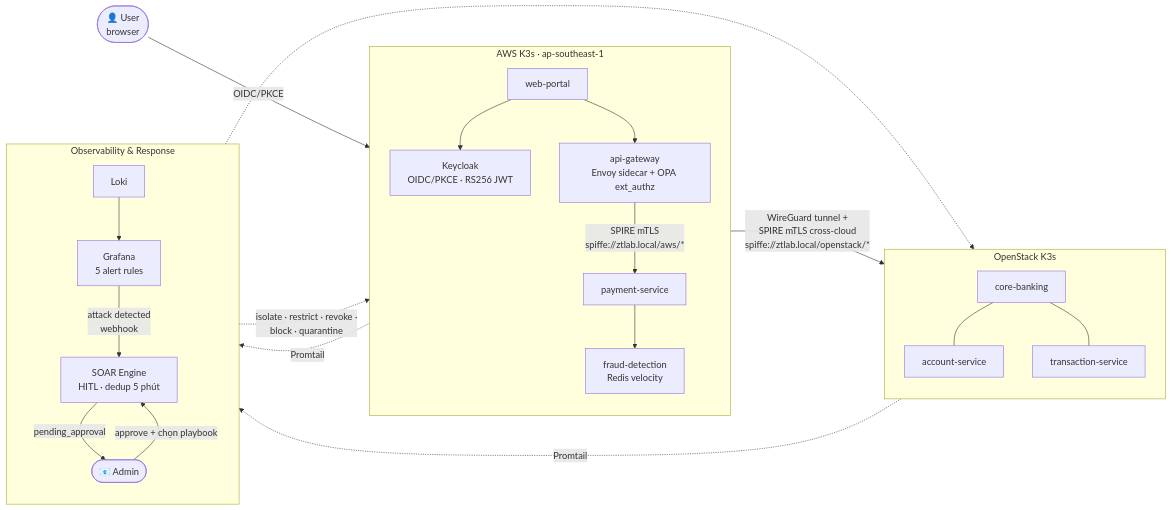
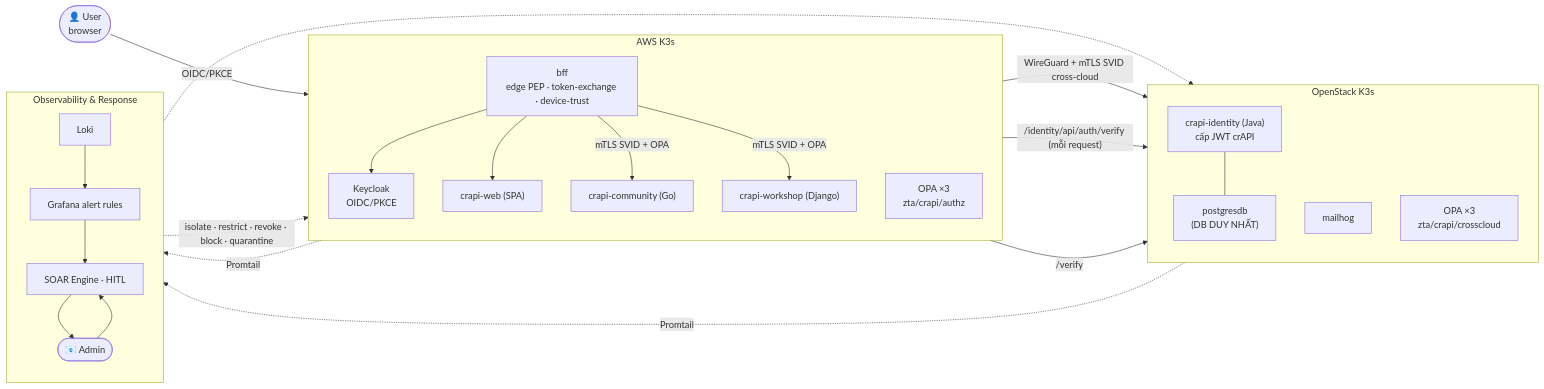
Before and after one commit to HoangBaoPhuoc/Zero-Trust-based-Security-Detection-and-Response: the second of 2 diagrams in README.md, drawn with Mermaid. The commit also changed other lines of this file and 68 other files, not shown here.

First line of the commit message:
baseline: crAPI migration work from feat/crapi-target (was uncommitted)

````diff
--- a/README.md
+++ b/README.md
@@ -104,45 +104,45 @@
 ```mermaid
 flowchart LR
     U(["👤 User<br/>browser"])
 
-    subgraph AWS["AWS K3s · ap-southeast-1"]
+    subgraph AWS["AWS K3s"]
         direction TB
-        KC["Keycloak<br/>OIDC/PKCE · RS256 JWT"]
-        WP["web-portal"]
-        AG["api-gateway<br/>Envoy sidecar + OPA ext_authz"]
-        PS["payment-service"]
-        FD["fraud-detection<br/>Redis velocity"]
-        WP --> KC
-        WP --> AG
-        AG -->|"SPIRE mTLS<br/>spiffe://ztlab.local/aws/*"| PS
-        PS --> FD
+        KC["Keycloak<br/>OIDC/PKCE"]
+        BFF["bff<br/>edge PEP · token-exchange · device-trust"]
+        WEB["crapi-web (SPA)"]
+        COM["crapi-community (Go)"]
+        WS["crapi-workshop (Django)"]
+        OPAA["OPA ×3<br/>zta/crapi/authz"]
+        BFF --> KC
+        BFF --> WEB
+        BFF -->|"mTLS SVID + OPA"| COM
+        BFF -->|"mTLS SVID + OPA"| WS
     end
 
     subgraph OS["OpenStack K3s"]
         direction TB
-        CB["core-banking"]
-        ACC["account-service"]
-        TXN["transaction-service"]
-        CB --- ACC
-        CB --- TXN
+        ID["crapi-identity (Java)<br/>cấp JWT crAPI"]
+        PG["postgresdb<br/>(DB DUY NHẤT)"]
+        MH["mailhog"]
+        OPAO["OPA ×3<br/>zta/crapi/crosscloud"]
+        ID --- PG
     end
 
     subgraph OBS["Observability & Response"]
         direction TB
         LK["Loki"]
-        GF["Grafana<br/>5 alert rules"]
-        SOAR["SOAR Engine<br/>HITL · dedup 5 phút"]
+        GF["Grafana alert rules"]
+        SOAR["SOAR Engine · HITL"]
         EM(["📧 Admin"])
-        LK --> GF
-        GF -->|"attack detected<br/>webhook"| SOAR
-        SOAR -->|pending_approval| EM
-        EM -->|"approve + chọn playbook"| SOAR
+        LK --> GF --> SOAR --> EM --> SOAR
     end
 
-    U -->|OIDC/PKCE| WP
-    PS -->|"WireGuard tunnel +<br/>SPIRE mTLS cross-cloud<br/>spiffe://ztlab.local/openstack/*"| CB
+    U -->|OIDC/PKCE| BFF
+    BFF -->|"WireGuard + mTLS SVID cross-cloud"| ID
+    COM -->|"/identity/api/auth/verify (mỗi request)"| ID
+    WS -->|"/verify"| ID
     AWS -.->|Promtail| LK
     OS -.->|Promtail| LK
-    SOAR -.->|"isolate · restrict · revoke ·<br/>block · quarantine"| AWS
+    SOAR -.->|"isolate · restrict · revoke · block · quarantine"| AWS
     SOAR -.-> OS
 ```
````
